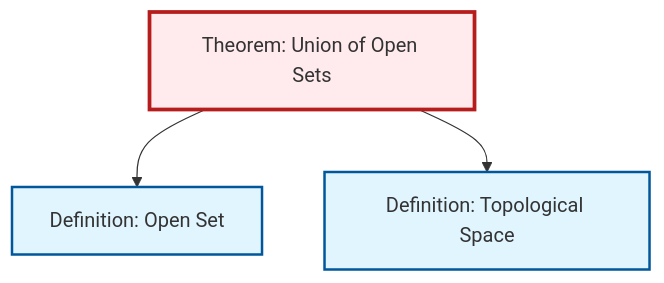
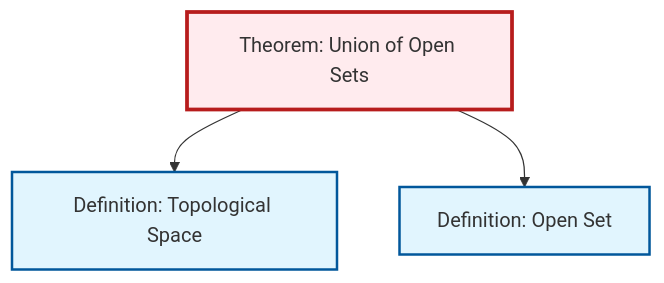
The diagram in content/en/topology/thm-union-open-sets.qmd (RK0429/ModernMath), drawn with Mermaid before and after one commit. The commit also changed other lines of this file and 497 other files, not shown here.

````diff
--- a/content/en/topology/thm-union-open-sets.qmd
+++ b/content/en/topology/thm-union-open-sets.qmd
@@ -60,17 +60,17 @@
 ```{mermaid}
 %%| fig-cap: "Local dependency graph"
 graph TD
     classDef definition fill:#e1f5fe,stroke:#01579b,stroke-width:2px
     classDef theorem fill:#f3e5f5,stroke:#4a148c,stroke-width:2px
     classDef axiom fill:#fff3e0,stroke:#e65100,stroke-width:2px
     classDef example fill:#e8f5e9,stroke:#1b5e20,stroke-width:2px
     classDef current fill:#ffebee,stroke:#b71c1c,stroke-width:3px
-    def-open-set["Definition: Open Set"]:::definition
     def-topological-space["Definition: Topological Space"]:::definition
     thm-union-open-sets["Theorem: Union of Open Sets"]:::theorem
+    def-open-set["Definition: Open Set"]:::definition
+    thm-union-open-sets --> def-topological-space
     thm-union-open-sets --> def-open-set
-    thm-union-open-sets --> def-topological-space
     class thm-union-open-sets current
+    click def-topological-space "def-topological-space.html" "Go to Topological Space definition"
     click def-open-set "def-open-set.html" "Go to Open Set definition"
-    click def-topological-space "def-topological-space.html" "Go to Topological Space definition"
 ```
````
